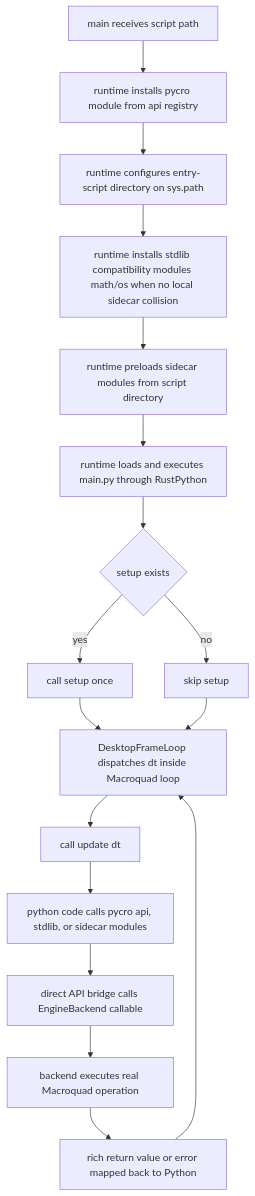
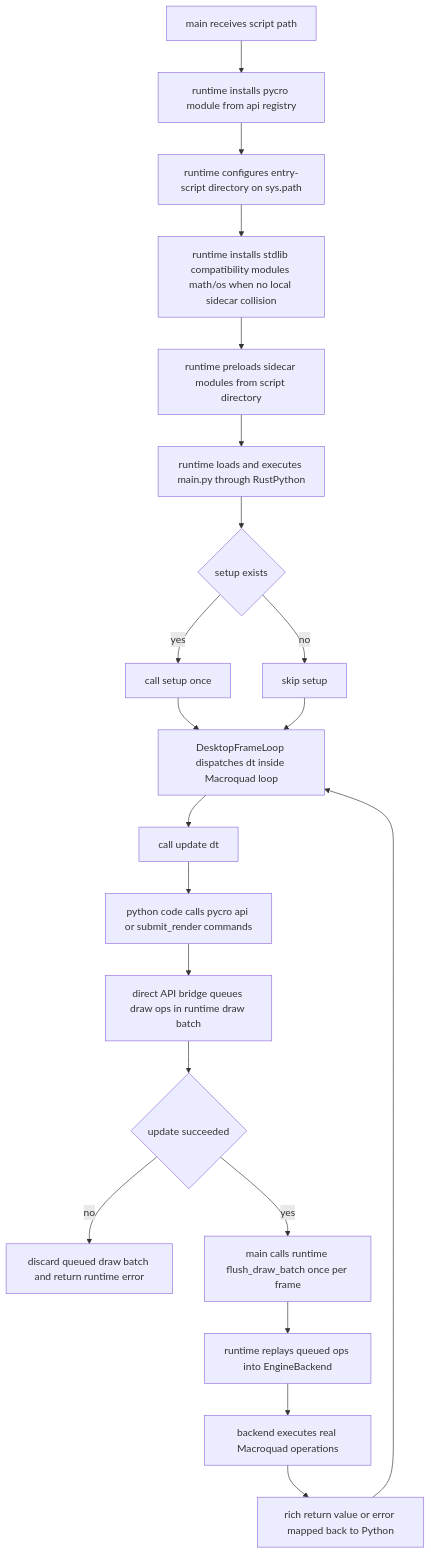
Before and after one commit to linkfy/pycro: the third of 5 diagrams in docs/flow-mermaids.md, drawn with Mermaid. The commit also changed other lines of this file and 2 other files, not shown here.

Commit message:
checkpoint: refresh flow mermaids and record R3 benchmark evidence

````diff
--- a/docs/flow-mermaids.md
+++ b/docs/flow-mermaids.md
@@ -37,20 +37,24 @@
 ```mermaid
 flowchart TD
     A[main receives script path]
     A --> B[runtime installs pycro module from api registry]
     B --> C[runtime configures entry-script directory on sys.path]
     C --> D[runtime installs stdlib compatibility modules math/os when no local sidecar collision]
     D --> E[runtime preloads sidecar modules from script directory]
     E --> F[runtime loads and executes main.py through RustPython]
     F --> G{setup exists}
     G -- yes --> H[call setup once]
     G -- no --> I[skip setup]
     H --> J[DesktopFrameLoop dispatches dt inside Macroquad loop]
     I --> J
     J --> K[call update dt]
-    K --> L[python code calls pycro api, stdlib, or sidecar modules]
-    L --> M[direct API bridge calls EngineBackend callable]
-    M --> N[backend executes real Macroquad operation]
-    N --> O[rich return value or error mapped back to Python]
-    O --> J
+    K --> L[python code calls pycro api or submit_render commands]
+    L --> M[direct API bridge queues draw ops in runtime draw batch]
+    M --> N{update succeeded}
+    N -- no --> O[discard queued draw batch and return runtime error]
+    N -- yes --> P[main calls runtime flush_draw_batch once per frame]
+    P --> Q[runtime replays queued ops into EngineBackend]
+    Q --> R[backend executes real Macroquad operations]
+    R --> S[rich return value or error mapped back to Python]
+    S --> J
 ```
````
